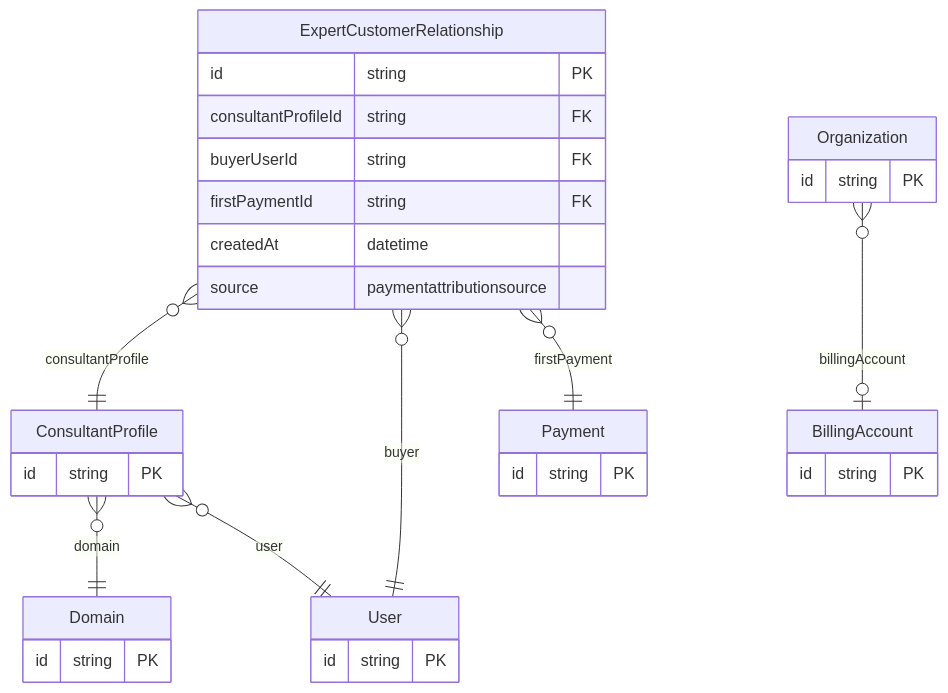
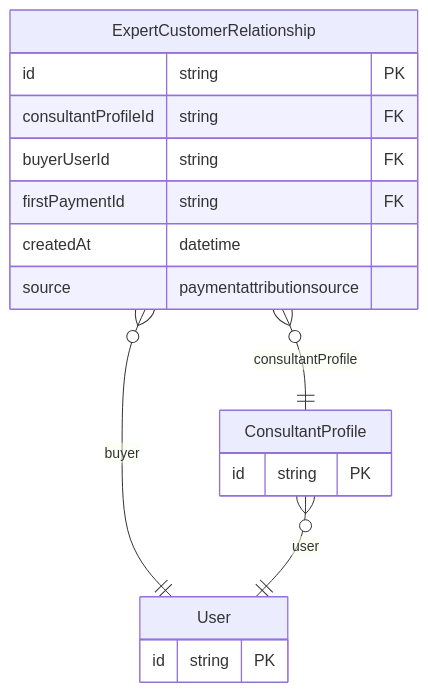
Before and after one commit to Practitionist/familiarise_web: the third of 3 diagrams in docs/prisma/domains/07-invoicing-and-referrals.md, drawn with Mermaid. The commit also changed other lines of this file and 14 other files, not shown here.

````diff
--- a/docs/prisma/domains/07-invoicing-and-referrals.md
+++ b/docs/prisma/domains/07-invoicing-and-referrals.md
@@ -201,35 +137,20 @@
 ```mermaid
 erDiagram
     ExpertCustomerRelationship {
         id string PK
         consultantProfileId string FK
         buyerUserId string FK
         firstPaymentId string FK
         createdAt datetime
         source paymentattributionsource
     }
     User {
         id string PK
     }
     ConsultantProfile {
         id string PK
     }
-    Organization {
-        id string PK
-    }
-    Payment {
-        id string PK
-    }
-    Domain {
-        id string PK
-    }
-    BillingAccount {
-        id string PK
-    }
     ExpertCustomerRelationship }o--|| ConsultantProfile : "consultantProfile"
     ExpertCustomerRelationship }o--|| User : "buyer"
-    ExpertCustomerRelationship }o--|| Payment : "firstPayment"
-    ConsultantProfile }o--|| Domain : "domain"
     ConsultantProfile }o--|| User : "user"
-    Organization }o--o| BillingAccount : "billingAccount"
 ```
````
